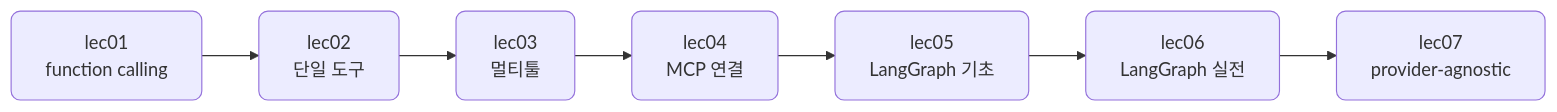
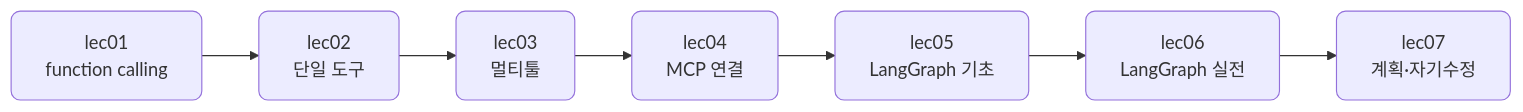
One commit to CodeCompose7/ai_service_engineering changed the second of 2 diagrams in docs/section3/README.md. Above: the diagram before and after it, drawn with Mermaid. The commit also changed other lines of this file and 7 other files, not shown here.

First line of the commit message:
S3 lec07: 주제 전면 교체 — 계획 수립과 자기수정 (plain 코드)

````diff
--- a/docs/section3/README.md
+++ b/docs/section3/README.md
@@ -45,5 +45,5 @@
 ```mermaid
 flowchart LR
-  L1["lec01<br/>function calling"] --> L2["lec02<br/>단일 도구"] --> L3["lec03<br/>멀티툴"] --> L4["lec04<br/>MCP 연결"] --> L5["lec05<br/>LangGraph 기초"] --> L6["lec06<br/>LangGraph 실전"] --> L7["lec07<br/>provider-agnostic"]
+  L1["lec01<br/>function calling"] --> L2["lec02<br/>단일 도구"] --> L3["lec03<br/>멀티툴"] --> L4["lec04<br/>MCP 연결"] --> L5["lec05<br/>LangGraph 기초"] --> L6["lec06<br/>LangGraph 실전"] --> L7["lec07<br/>계획·자기수정"]
   classDef default rx:8,ry:8;
 ```
````
